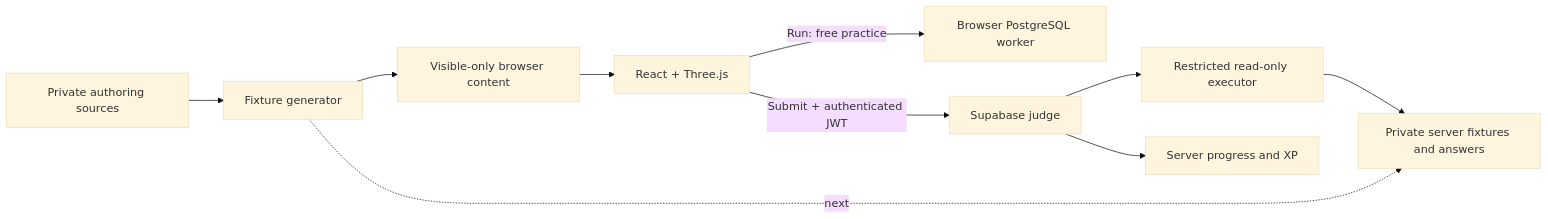
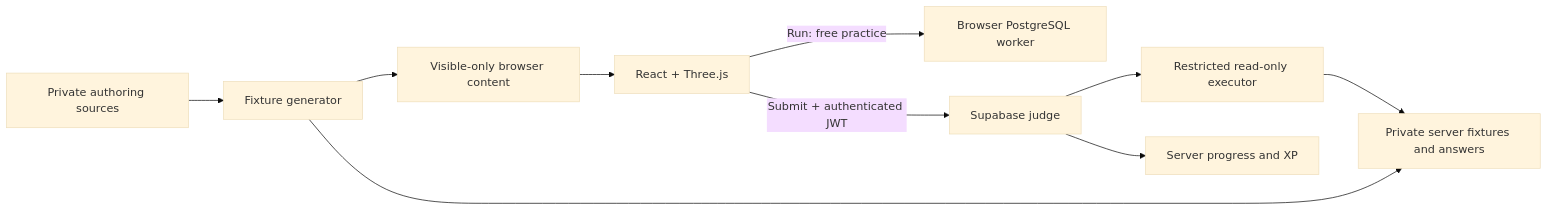
The diagram in README.md (gv1shnu/dilli-khoj), drawn with Mermaid (base theme) before and after one commit. The commit also changed other lines of this file and 46 other files, not shown here.

````diff
--- a/README.md
+++ b/README.md
@@ -53,12 +53,12 @@
 ```mermaid
 flowchart LR
   Source[Private authoring sources] --> Generator[Fixture generator]
   Generator --> Public[Visible-only browser content]
-  Generator -. next .-> Vault[Private server fixtures and answers]
+  Generator --> Vault[Private server fixtures and answers]
   Public --> Browser[React + Three.js]
   Browser -->|Run: free practice| PGlite[Browser PostgreSQL worker]
   Browser -->|Submit + authenticated JWT| Judge[Supabase judge]
   Judge --> Executor[Restricted read-only executor]
   Executor --> Vault
   Judge --> Progress[Server progress and XP]
 ```
````
